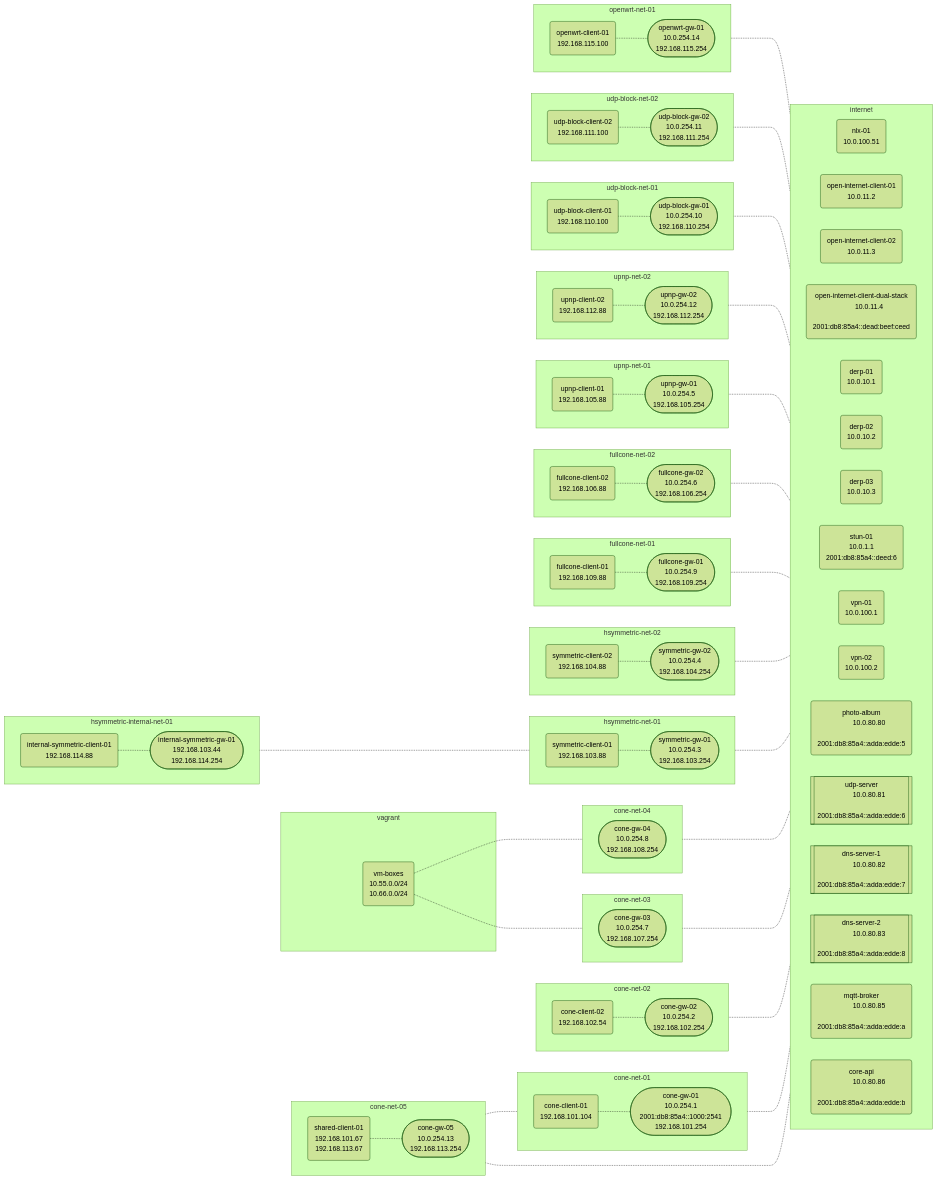
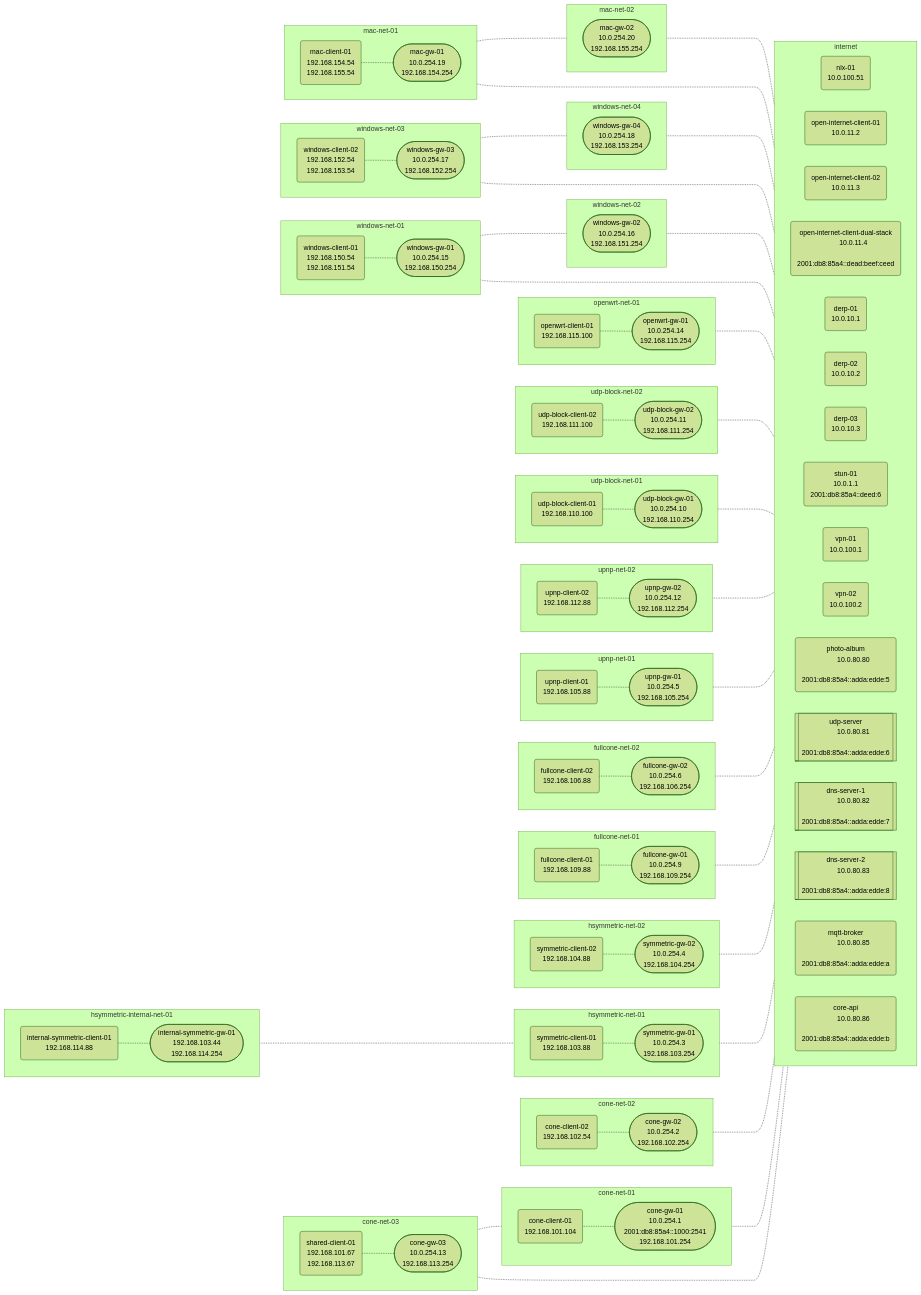
Before and after one commit to NordSecurity/libtelio: the diagram in nat-lab/network.md, drawn with Mermaid (forest theme). The commit also changed 2 other files, not shown here.

Commit message:
nat-lab/docs: rewrite README with Quickstart; update network topology docs
Rewrite README with local runner (uv, run_local.py), lifecycle (start/stop/restart), markers, formatting/lint/typecheck and troubleshooting. Refresh network.md to reflect new topology and VM-backed components. Update diagram generator accordingly.

````diff
--- a/nat-lab/network.md
+++ b/nat-lab/network.md
@@ -48,13 +48,13 @@
         2001:db8:85a4::adda:edde:b")
   end
 
-  %% Network cone-net-05
-  subgraph cone-net-05[cone-net-05]
+  %% Network cone-net-03
+  subgraph cone-net-03[cone-net-03]
   direction LR
     shared-client-01("shared-client-01
         192.168.101.67
         192.168.113.67")
-    cone-gw-05(["cone-gw-05
+    cone-gw-03(["cone-gw-03
         10.0.254.13
         192.168.113.254"])
   end
@@ -78,22 +78,6 @@
     cone-gw-02(["cone-gw-02
         10.0.254.2
         192.168.102.254"])
-  end
-
-  %% Network cone-net-03
-  subgraph cone-net-03[cone-net-03]
-  direction LR
-    cone-gw-03(["cone-gw-03
-        10.0.254.7
-        192.168.107.254"])
-  end
-
-  %% Network cone-net-04
-  subgraph cone-net-04[cone-net-04]
-  direction LR
-    cone-gw-04(["cone-gw-04
-        10.0.254.8
-        192.168.108.254"])
   end
 
   %% Network hsymmetric-net-01
@@ -196,12 +180,76 @@
         192.168.115.254"])
   end
 
+  %% Network windows-net-01
+  subgraph windows-net-01[windows-net-01]
+  direction LR
+    windows-client-01("windows-client-01
+        192.168.150.54
+        192.168.151.54")
+    windows-gw-01(["windows-gw-01
+        10.0.254.15
+        192.168.150.254"])
+  end
+
+  %% Network windows-net-02
+  subgraph windows-net-02[windows-net-02]
+  direction LR
+    windows-client-01("windows-client-01
+        192.168.150.54
+        192.168.151.54")
+    windows-gw-02(["windows-gw-02
+        10.0.254.16
+        192.168.151.254"])
+  end
+
+  %% Network windows-net-03
+  subgraph windows-net-03[windows-net-03]
+  direction LR
+    windows-client-02("windows-client-02
+        192.168.152.54
+        192.168.153.54")
+    windows-gw-03(["windows-gw-03
+        10.0.254.17
+        192.168.152.254"])
+  end
+
+  %% Network windows-net-04
+  subgraph windows-net-04[windows-net-04]
+  direction LR
+    windows-client-02("windows-client-02
+        192.168.152.54
+        192.168.153.54")
+    windows-gw-04(["windows-gw-04
+        10.0.254.18
+        192.168.153.254"])
+  end
+
+  %% Network mac-net-01
+  subgraph mac-net-01[mac-net-01]
+  direction LR
+    mac-client-01("mac-client-01
+        192.168.154.54
+        192.168.155.54")
+    mac-gw-01(["mac-gw-01
+        10.0.254.19
+        192.168.154.254"])
+  end
+
+  %% Network mac-net-02
+  subgraph mac-net-02[mac-net-02]
+  direction LR
+    mac-client-01("mac-client-01
+        192.168.154.54
+        192.168.155.54")
+    mac-gw-02(["mac-gw-02
+        10.0.254.20
+        192.168.155.254"])
+  end
+
   %% Node Connections
   cone-gw-01 -..- internet
   cone-gw-02 -..- internet
   cone-gw-03 -..- internet
-  cone-gw-04 -..- internet
-  cone-gw-05 -..- internet
   symmetric-gw-01 -..- internet
   symmetric-gw-02 -..- internet
   fullcone-gw-01 -..- internet
@@ -211,9 +259,15 @@
   udp-block-gw-01 -..- internet
   udp-block-gw-02 -..- internet
   openwrt-gw-01 -..- internet
+  windows-gw-01 -..- internet
+  windows-gw-02 -..- internet
+  windows-gw-03 -..- internet
+  windows-gw-04 -..- internet
+  mac-gw-01 -..- internet
+  mac-gw-02 -..- internet
   cone-client-01 -.- cone-gw-01
   shared-client-01 -.- cone-gw-01
-  shared-client-01 -.- cone-gw-05
+  shared-client-01 -.- cone-gw-03
   cone-client-02 -.- cone-gw-02
   symmetric-client-01 -.- symmetric-gw-01
   internal-symmetric-gw-01 -..- symmetric-gw-01
@@ -226,13 +280,10 @@
   udp-block-client-01 -.- udp-block-gw-01
   udp-block-client-02 -.- udp-block-gw-02
   openwrt-client-01 -.- openwrt-gw-01
-
-  %% Vagrant boxes
-  subgraph vagrant
-    vm-boxes("vm-boxes
-        10.55.0.0/24 
-        10.66.0.0/24")
-  end
-  vm-boxes -.- cone-gw-03
-  vm-boxes -.- cone-gw-04
+  windows-client-01 -.- windows-gw-01
+  windows-client-01 -.- windows-gw-02
+  windows-client-02 -.- windows-gw-03
+  windows-client-02 -.- windows-gw-04
+  mac-client-01 -.- mac-gw-01
+  mac-client-01 -.- mac-gw-02
 ```
````
